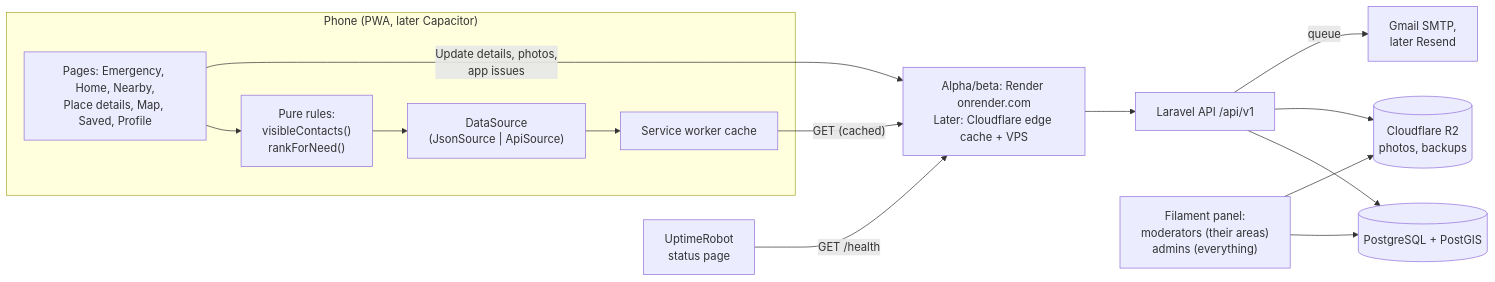
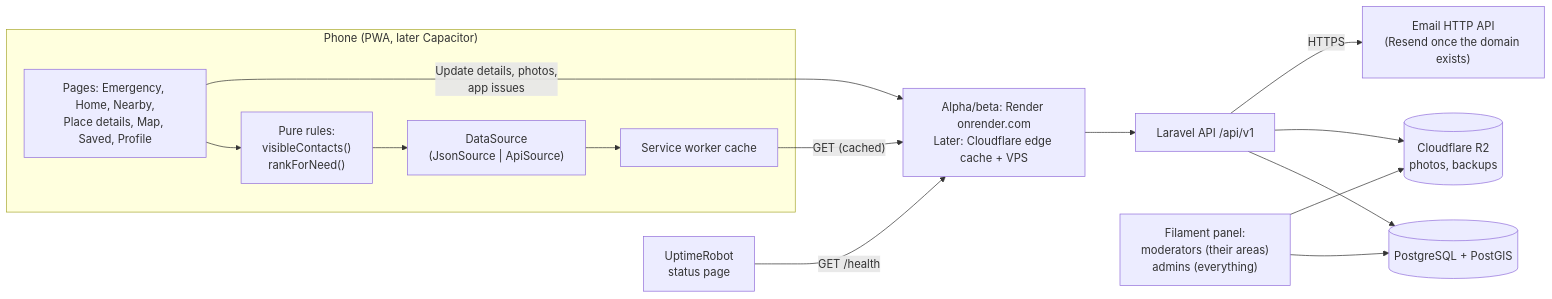
The first of 2 diagrams in docs/ARCHITECTURE.md (gitpushfrances/bulig), drawn with Mermaid before and after one commit. The commit also changed other lines of this file and 6 other files, not shown here.

````diff
--- a/docs/ARCHITECTURE.md
+++ b/docs/ARCHITECTURE.md
@@ -52,19 +52,19 @@
 ```mermaid
 flowchart LR
   subgraph Phone["Phone (PWA, later Capacitor)"]
     UI["Pages: Emergency, Home, Nearby,\nPlace details, Map, Saved, Profile"]
     Rules["Pure rules:\nvisibleContacts()\nrankForNeed()"]
     DS["DataSource\n(JsonSource | ApiSource)"]
     SW["Service worker cache"]
     UI --> Rules --> DS --> SW
   end
   SW -- "GET (cached)" --> CF["Alpha/beta: Render onrender.com\nLater: Cloudflare edge cache + VPS"]
   UI -- "Update details, photos,\napp issues" --> CF
   CF --> API["Laravel API /api/v1"]
   API --> DB[("PostgreSQL + PostGIS")]
   API --> R2[("Cloudflare R2\nphotos, backups")]
-  API -- "queue" --> Mail["Gmail SMTP,\nlater Resend"]
+  API -- "HTTPS" --> Mail["Email HTTP API\n(Resend once the domain exists)"]
   Panel["Filament panel:\nmoderators (their areas)\nadmins (everything)"] --> DB
   Panel --> R2
   Up["UptimeRobot\nstatus page"] -- "GET /health" --> CF
 ```
````
